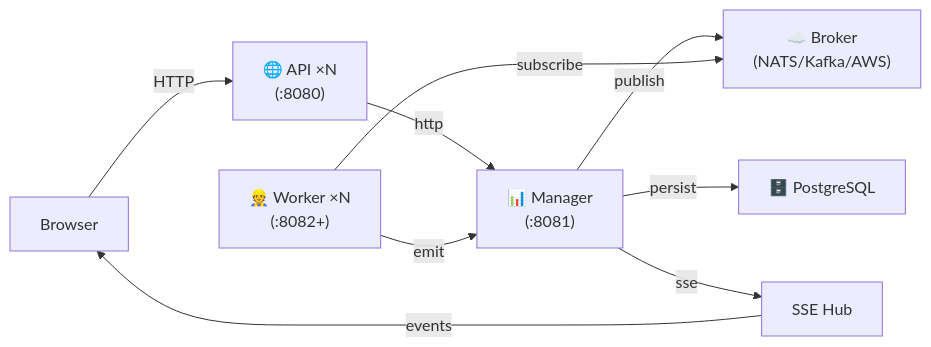
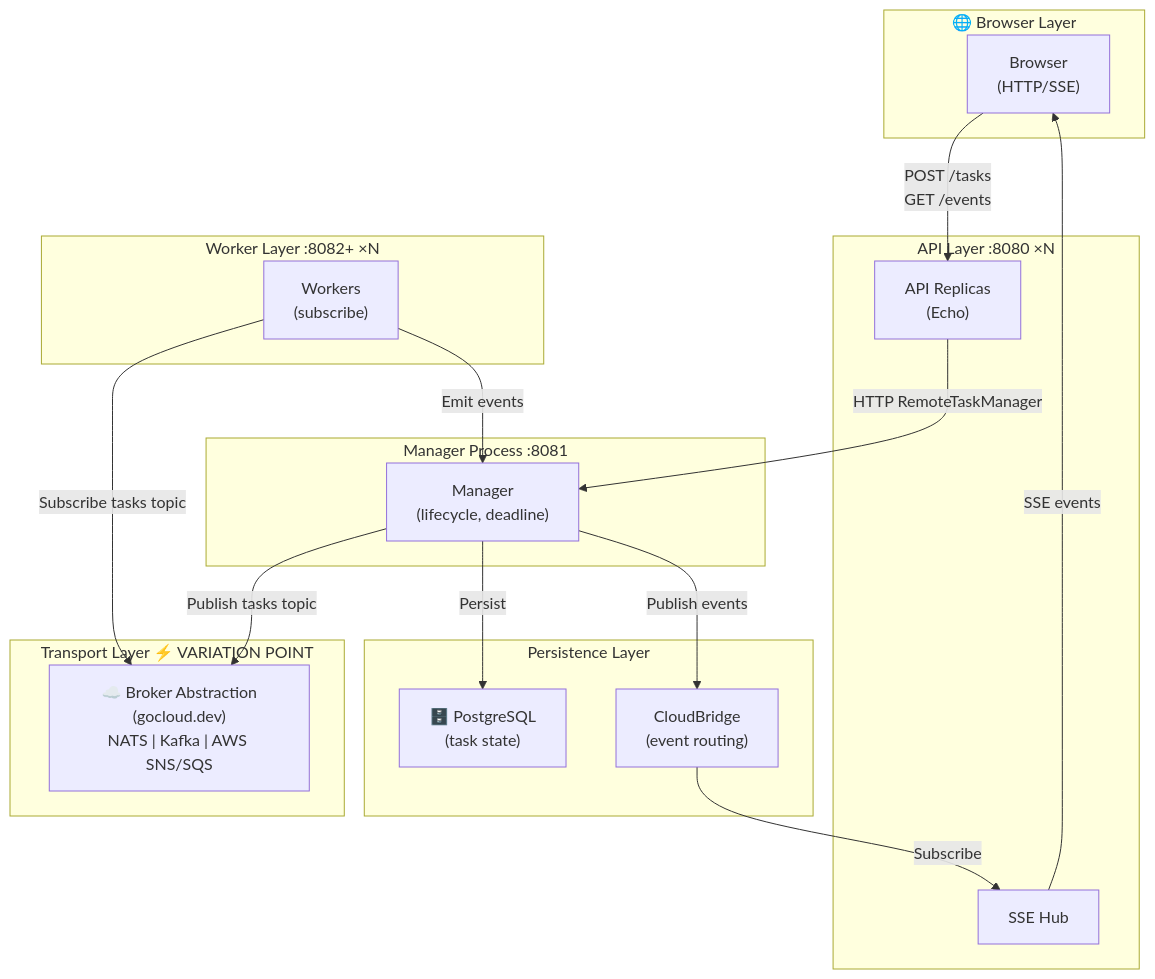
The sixth of 7 diagrams in README.md (deyarchit/work-distribution-patterns), drawn with Mermaid before and after one commit. The commit also changed other lines of this file, not shown here.

First line of the commit message:
Refactor diagrams with layered architecture

````diff
--- a/README.md
+++ b/README.md
@@ -102,11 +231,38 @@
 ```mermaid
-graph LR
-    Browser -->|HTTP| API["🌐 API ×N<br/>(:8080)"]
-    API -->|http| Manager["📊 Manager<br/>(:8081)"]
-    Manager -->|publish| Broker["☁️ Broker<br/>(NATS/Kafka/AWS)"]
-    Worker["👷 Worker ×N<br/>(:8082+)"] -->|subscribe| Broker
-    Worker -->|emit| Manager
-    Manager -->|persist| PG["🗄️ PostgreSQL"]
-    Manager -->|sse| Hub["SSE Hub"]
-    Hub -->|events| Browser
+graph TB
+    subgraph L1["🌐 Browser Layer"]
+        Browser["Browser<br/>(HTTP/SSE)"]
+    end
+
+    subgraph L2["API Layer :8080 ×N"]
+        APIs["API Replicas<br/>(Echo)"]
+        SSEHub["SSE Hub"]
+    end
+
+    subgraph L3["Manager Process :8081"]
+        Manager["Manager<br/>(lifecycle, deadline)"]
+    end
+
+    subgraph L4["Transport Layer ⚡ VARIATION POINT"]
+        Broker["☁️ Broker Abstraction<br/>(gocloud.dev)<br/>NATS | Kafka | AWS SNS/SQS"]
+    end
+
+    subgraph L5["Worker Layer :8082+ ×N"]
+        Workers["Workers<br/>(subscribe)"]
+    end
+
+    subgraph L6["Persistence Layer"]
+        EventBridge["CloudBridge<br/>(event routing)"]
+        PG["🗄️ PostgreSQL<br/>(task state)"]
+    end
+
+    Browser -->|POST /tasks<br/>GET /events| APIs
+    APIs -->|HTTP RemoteTaskManager| Manager
+    Manager -->|Publish tasks topic| Broker
+    Workers -->|Subscribe tasks topic| Broker
+    Workers -->|Emit events| Manager
+    Manager -->|Persist| PG
+    Manager -->|Publish events| EventBridge
+    EventBridge -->|Subscribe| SSEHub
+    SSEHub -->|SSE events| Browser
 ```
````
